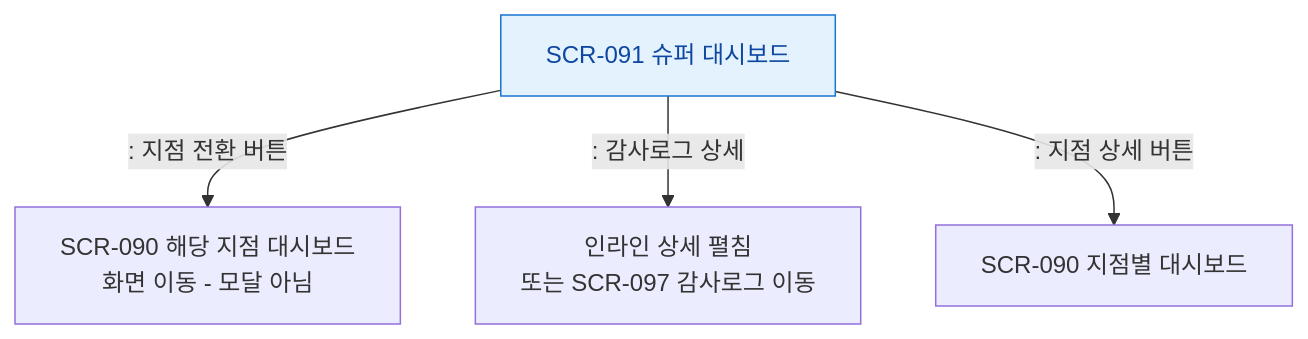
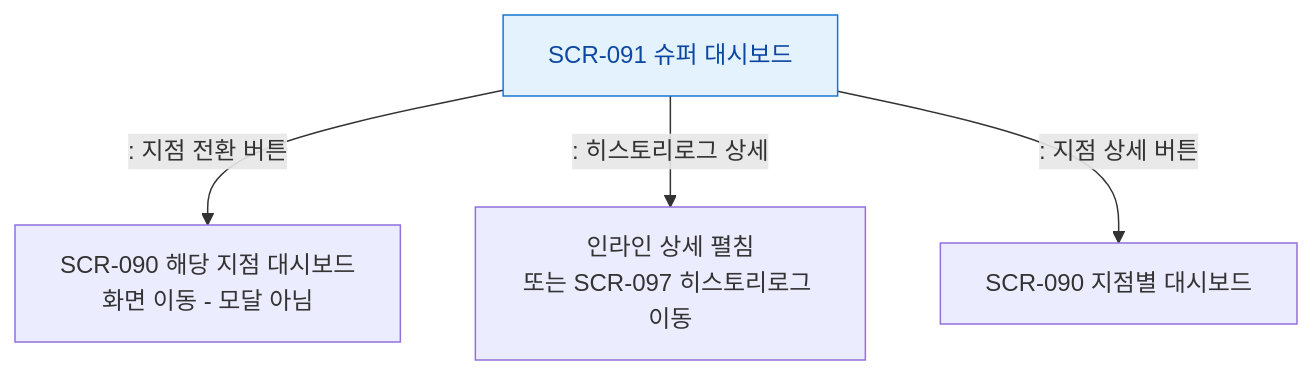
The diagram in docs/admin/다이어그램/D10_본사관리/SCR-091_슈퍼대시보드/F5_모달트리거.md (dev-spogym/admin-pando), drawn with Mermaid before and after one commit. The commit also changed 442 other files, not shown here.

````diff
--- a/docs/admin/다이어그램/D10_본사관리/SCR-091_슈퍼대시보드/F5_모달트리거.md
+++ b/docs/admin/다이어그램/D10_본사관리/SCR-091_슈퍼대시보드/F5_모달트리거.md
@@ -12,13 +12,13 @@
 ```mermaid
 flowchart TD
   SCR_091[SCR-091 슈퍼 대시보드]
 
   SCR_091 -->|": 지점 전환 버튼"|NavDash[SCR-090 해당 지점 대시보드\n화면 이동 - 모달 아님]
-  SCR_091 -->|": 감사로그 상세"|AuditInline[인라인 상세 펼침\n또는 SCR-097 감사로그 이동]
+  SCR_091 -->|": 히스토리로그 상세"|AuditInline[인라인 상세 펼침\n또는 SCR-097 히스토리로그 이동]
   SCR_091 -->|": 지점 상세 버튼"|NavBranch[SCR-090 지점별 대시보드]
 
   classDef screen fill:#E3F2FD,stroke:#1976D2,color:#0D47A1
   classDef info fill:#E0F7FA,stroke:#00838F
 
   class SCR_091 screen
 ```
````
